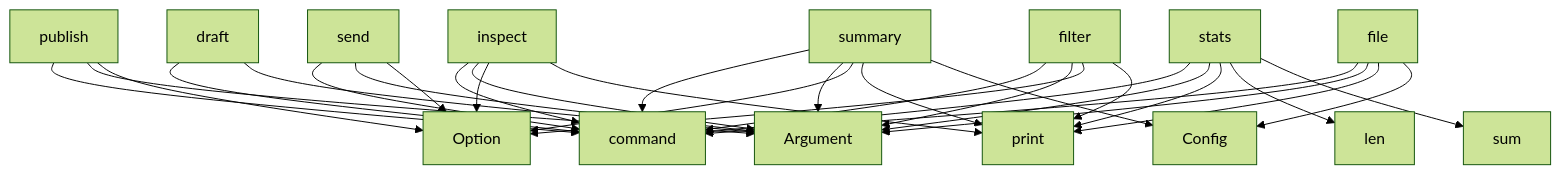
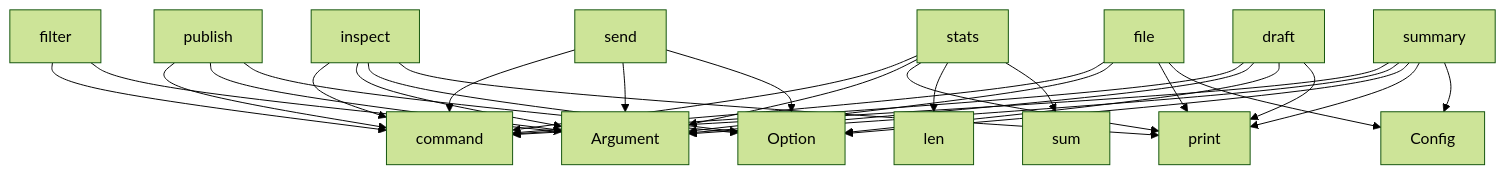
One commit to semcod/tagi changed the diagram in project/context.md. Above: the diagram before and after it, drawn with Mermaid (forest theme). The commit also changed other lines of this file and 50 other files, not shown here.

````diff
--- a/project/context.md
+++ b/project/context.md
@@ -412,33 +416,33 @@
 ```mermaid
 graph TD
-    summary --> command
-    summary --> Argument
-    summary --> Option
-    summary --> print
-    summary --> Config
     stats --> command
     stats --> Argument
     stats --> print
     stats --> len
     stats --> sum
     inspect --> command
     inspect --> Argument
     inspect --> Option
     inspect --> print
     publish --> command
     publish --> Argument
     publish --> Option
     send --> command
     send --> Argument
     send --> Option
-    filter --> command
-    filter --> Argument
-    filter --> Option
-    filter --> print
+    summary --> command
+    summary --> Argument
+    summary --> Option
+    summary --> print
+    summary --> Config
     file --> command
     file --> Argument
     file --> print
     file --> Config
     draft --> command
     draft --> Argument
+    draft --> Option
+    draft --> print
+    filter --> command
+    filter --> Argument
 ```
````
